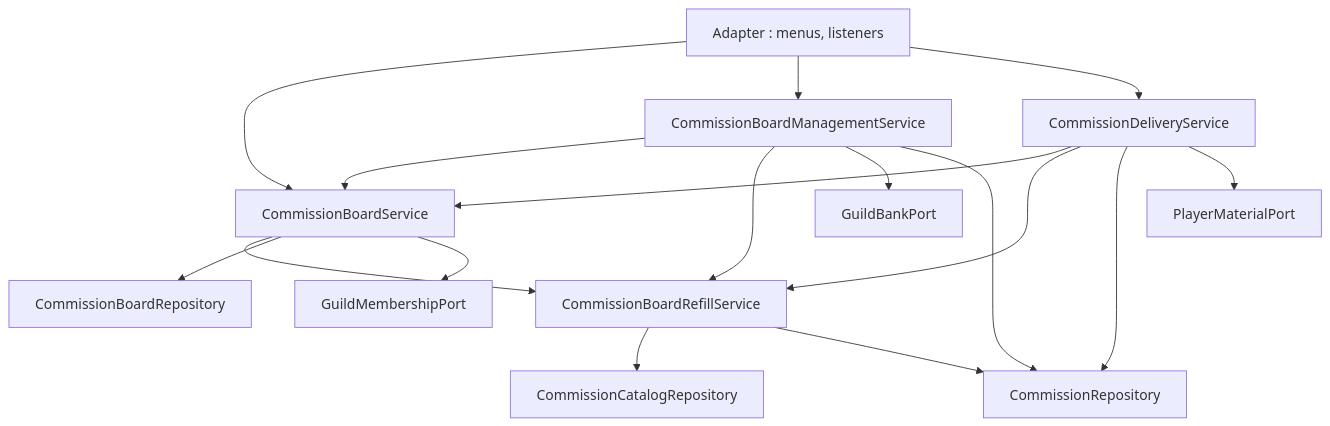
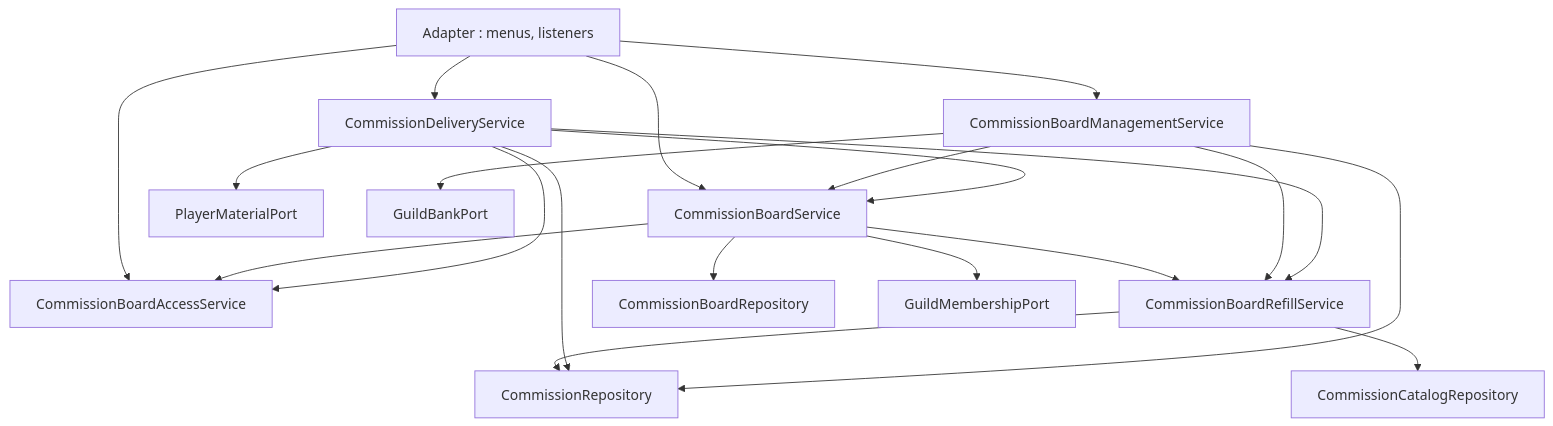
Before and after one commit to TesseractFR/TesseractSRP2: the first of 2 diagrams in commission-domain/spec/commission-domain-doc.md, drawn with Mermaid. The commit also changed other lines of this file and 66 other files, not shown here.

````diff
--- a/commission-domain/spec/commission-domain-doc.md
+++ b/commission-domain/spec/commission-domain-doc.md
@@ -43,19 +44,22 @@
 ```mermaid
 flowchart TD
     JEU[Adapter : menus, listeners] --> BS[CommissionBoardService]
     JEU --> MS[CommissionBoardManagementService]
     JEU --> DS[CommissionDeliveryService]
+    JEU --> AS[CommissionBoardAccessService]
+    BS --> AS
     MS --> BS
     DS --> BS
+    DS --> AS
     BS --> RS[CommissionBoardRefillService]
     MS --> RS
     DS --> RS
     RS --> CAT[CommissionCatalogRepository]
     RS --> CR[CommissionRepository]
     BS --> BR[CommissionBoardRepository]
     DS --> CR
     DS --> PM[PlayerMaterialPort]
     MS --> GP[GuildBankPort]
     MS --> CR
     BS --> GM[GuildMembershipPort]
 ```
````
